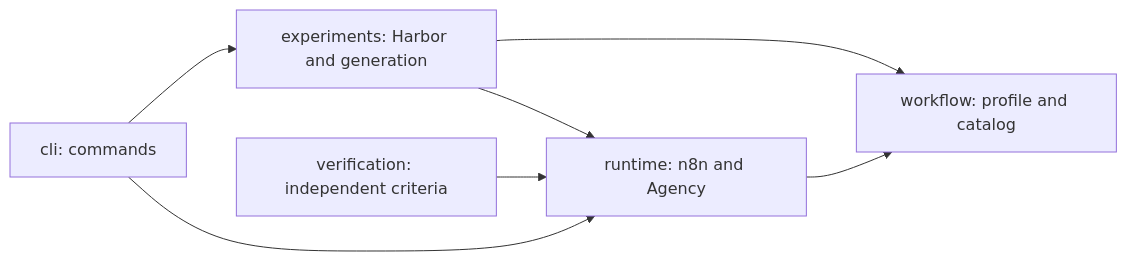
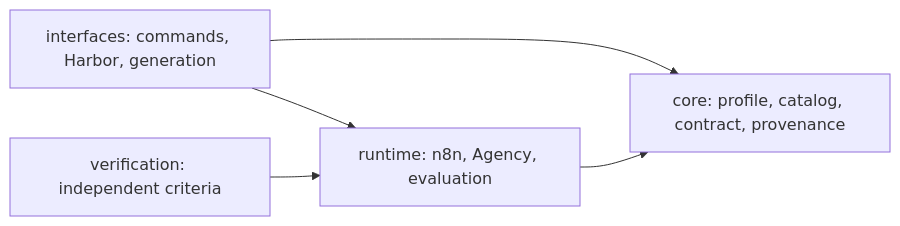
Before and after one commit to PoulWalcker/benchmarking: the diagram in docs/ARCHITECTURE.md, drawn with Mermaid. The commit also changed other lines of this file and 9 other files, not shown here.

````diff
--- a/docs/ARCHITECTURE.md
+++ b/docs/ARCHITECTURE.md
@@ -29,9 +29,7 @@
 ```mermaid
 flowchart LR
-  E[experiments: Harbor and generation] --> R[runtime: n8n and Agency]
-  E --> W[workflow: profile and catalog]
-  R --> W
+  I[interfaces: commands, Harbor, generation] --> R[runtime: n8n, Agency, evaluation]
+  I --> C[core: profile, catalog, contract, provenance]
+  R --> C
   V[verification: independent criteria] --> R
-  C[cli: commands] --> E
-  C --> R
 ```
````
